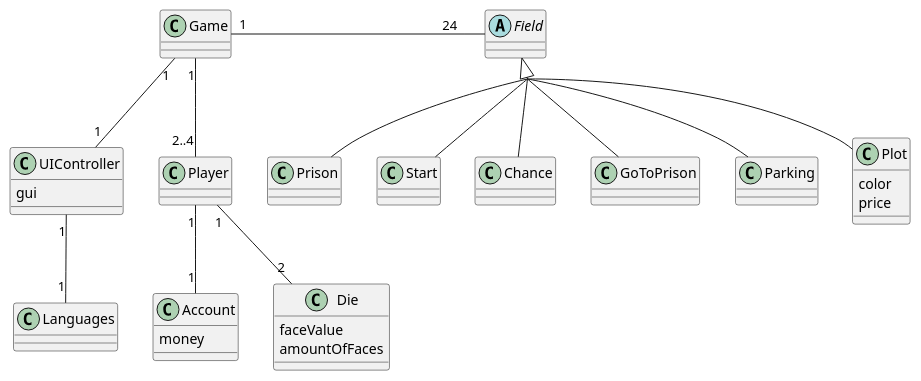
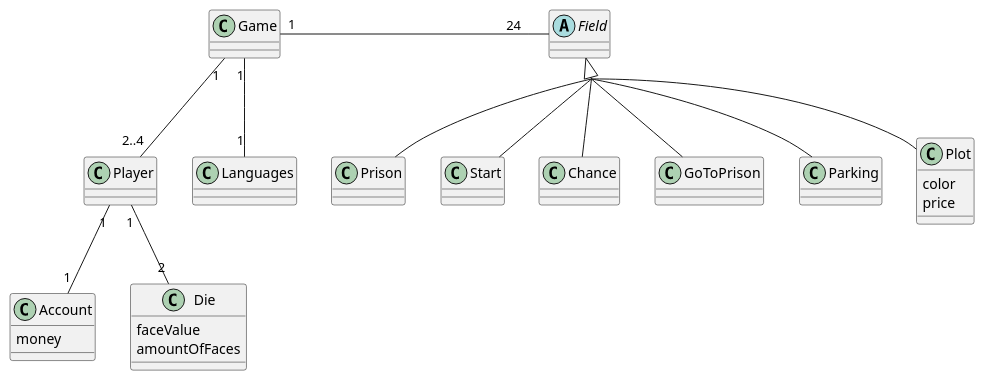
One commit to DTUgruppe15/15_del3 changed the diagram in src/UML/CDIO3DomainDiagram.puml. Above: the diagram before and after it, drawn with PlantUML. The commit also changed 2 other files, not shown here.

Commit message:
Updated UML

```diff
--- a/src/UML/CDIO3DomainDiagram.puml
+++ b/src/UML/CDIO3DomainDiagram.puml
@@ -1,49 +1,45 @@
 @startuml
 'https://plantuml.com/class-diagram
 skinparam groupInheritance 2
 
 abstract class Field
 class Prison
 class Start
 class Chance
 class GoToPrison
 class Parking
 class Plot{
     color
     price
 }
 
 Field <|-- Prison
 Field <|-- Start
 Field <|-- Chance
 Field <|-- GoToPrison
 Field <|-- Parking
 Field <|-- Plot
 
-class UIController{
-    gui
-}
 class Player{
 
 }
 class Account{
     money
 }
 class Die{
     faceValue
     amountOfFaces
 }
 class Game
 
 Player "1"--"2" Die
 Player "1"--"1" Account
 Game "1"--"2..4" Player
 Game "1"-"24" Field
-Game "1"--"1" UIController
-UIController "1"--"1" Languages
+Game "1"--"1" Languages
 
 class Languages{
 
 }
 
 @enduml
```
